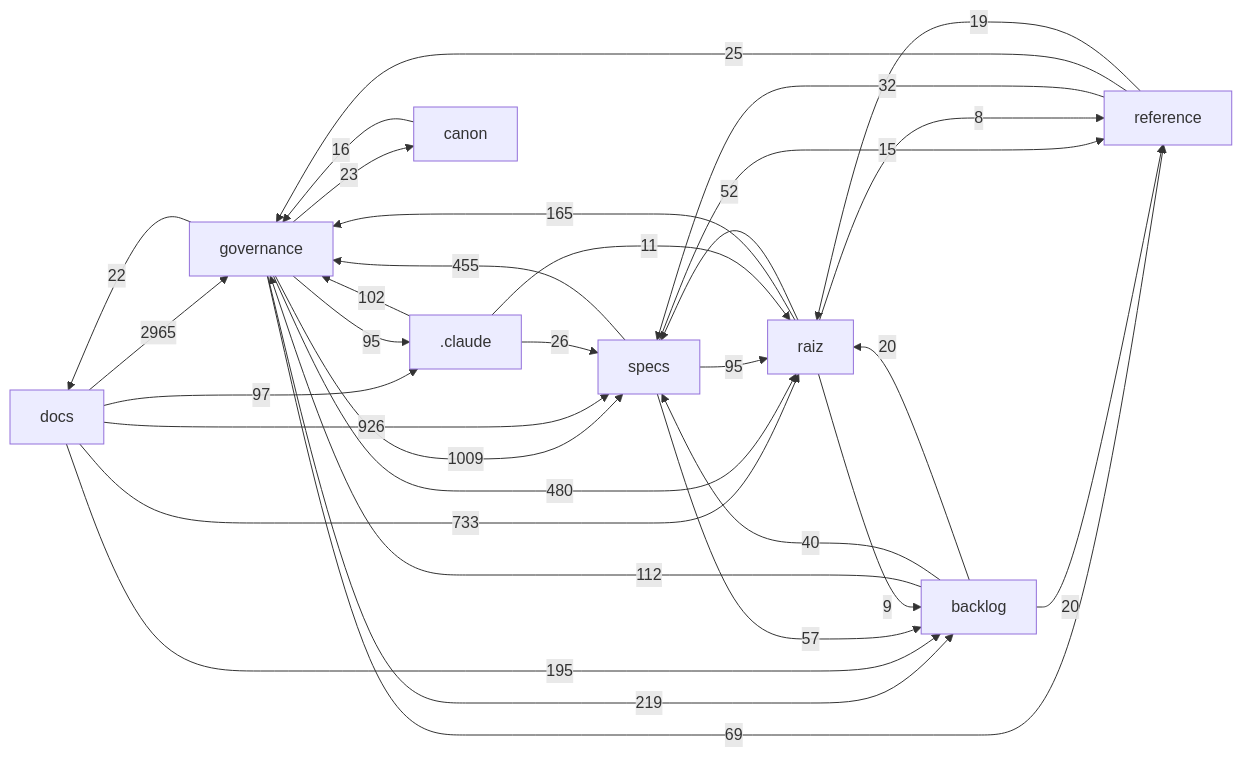
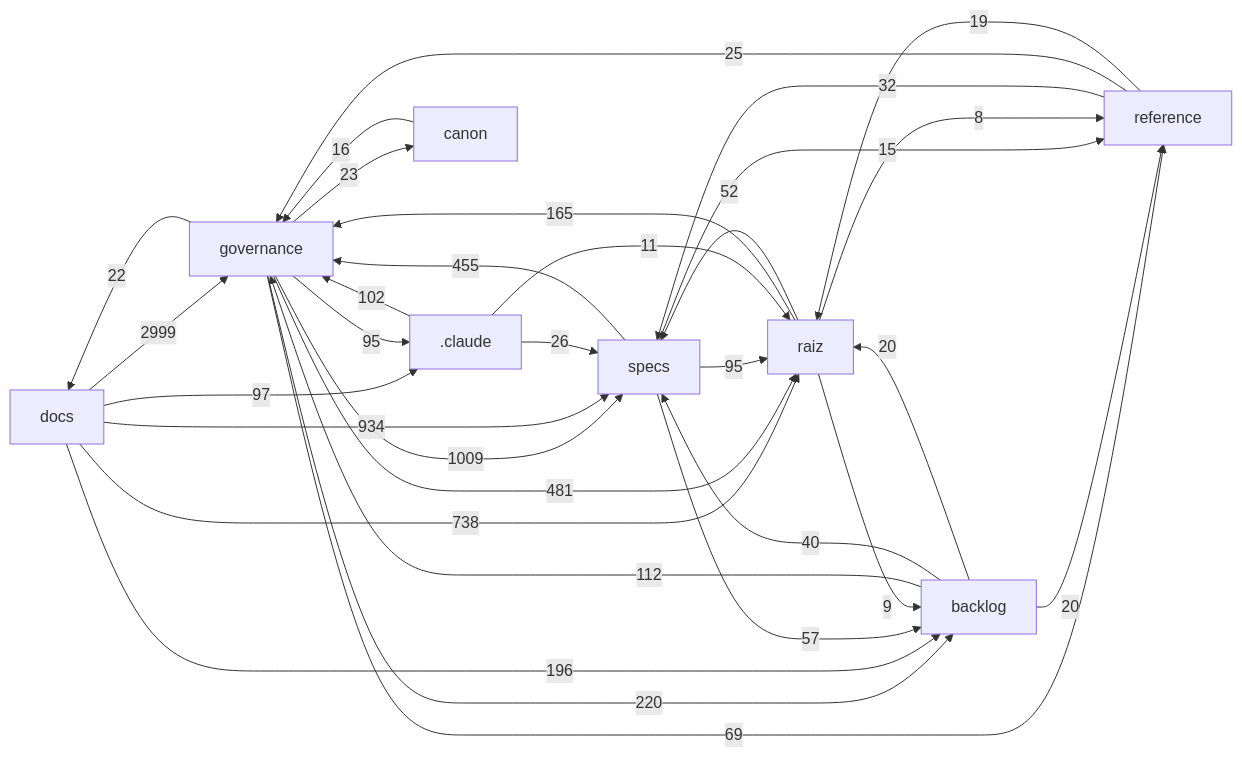
The diagram in docs/mapa/MAPA-PROJETO.md (Andraus35/Sistema-Operacional-de-Trading--SOT), drawn with Mermaid before and after one commit. The commit also changed other lines of this file and 9 other files, not shown here.

````diff
--- a/docs/mapa/MAPA-PROJETO.md
+++ b/docs/mapa/MAPA-PROJETO.md
@@ -29,34 +29,34 @@
 ```mermaid
 flowchart LR
-  docs["docs"] -->|2965| governance["governance"]
+  docs["docs"] -->|2999| governance["governance"]
   governance["governance"] -->|1009| specs["specs"]
-  docs["docs"] -->|926| specs["specs"]
-  docs["docs"] -->|733| raiz["raiz"]
-  governance["governance"] -->|480| raiz["raiz"]
+  docs["docs"] -->|934| specs["specs"]
+  docs["docs"] -->|738| raiz["raiz"]
+  governance["governance"] -->|481| raiz["raiz"]
   specs["specs"] -->|455| governance["governance"]
-  governance["governance"] -->|219| backlog["backlog"]
-  docs["docs"] -->|195| backlog["backlog"]
+  governance["governance"] -->|220| backlog["backlog"]
+  docs["docs"] -->|196| backlog["backlog"]
   raiz["raiz"] -->|165| governance["governance"]
   backlog["backlog"] -->|112| governance["governance"]
   _claude[".claude"] -->|102| governance["governance"]
   docs["docs"] -->|97| _claude[".claude"]
   governance["governance"] -->|95| _claude[".claude"]
   specs["specs"] -->|95| raiz["raiz"]
   governance["governance"] -->|69| reference["reference"]
   specs["specs"] -->|57| backlog["backlog"]
   raiz["raiz"] -->|52| specs["specs"]
   backlog["backlog"] -->|40| specs["specs"]
   reference["reference"] -->|32| specs["specs"]
   _claude[".claude"] -->|26| specs["specs"]
   reference["reference"] -->|25| governance["governance"]
   governance["governance"] -->|23| canon["canon"]
   governance["governance"] -->|22| docs["docs"]
   backlog["backlog"] -->|20| raiz["raiz"]
   backlog["backlog"] -->|20| reference["reference"]
   reference["reference"] -->|19| raiz["raiz"]
   canon["canon"] -->|16| governance["governance"]
   specs["specs"] -->|15| reference["reference"]
   _claude[".claude"] -->|11| raiz["raiz"]
   raiz["raiz"] -->|9| backlog["backlog"]
   raiz["raiz"] -->|8| reference["reference"]
 ```
````
